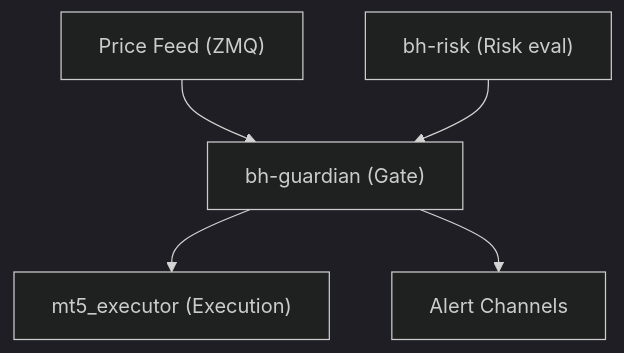
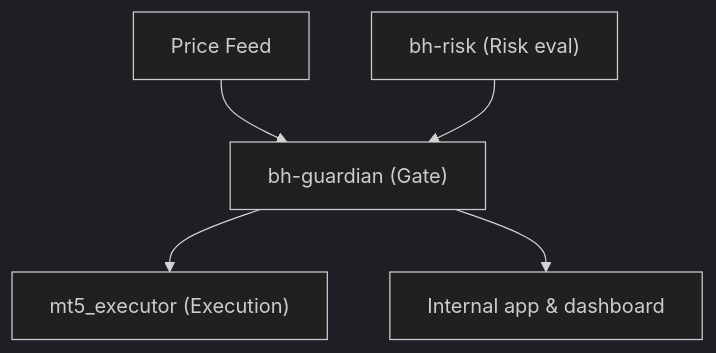
One commit to blackholefund/external_docs changed the third of 3 diagrams in docs/repositories/bh-guardian.md. Above: the diagram before and after it, drawn with Mermaid (dark theme). The commit also changed other lines of this file and 17 other files, not shown here.

````diff
--- a/docs/repositories/bh-guardian.md
+++ b/docs/repositories/bh-guardian.md
@@ -422,7 +76,7 @@
 ```mermaid
 flowchart TD
-    PriceFeed["Price Feed (ZMQ)"] --> bhGuardian["bh-guardian (Gate)"]
+    PriceFeed["Price Feed"] --> bhGuardian["bh-guardian (Gate)"]
     bhRisk["bh-risk (Risk eval)"] --> bhGuardian
     bhGuardian --> mt5Executor["mt5_executor (Execution)"]
-    bhGuardian --> AlertChannels["Alert Channels"]
+    bhGuardian --> AlertChannels["Internal app & dashboard"]
 ```
````
